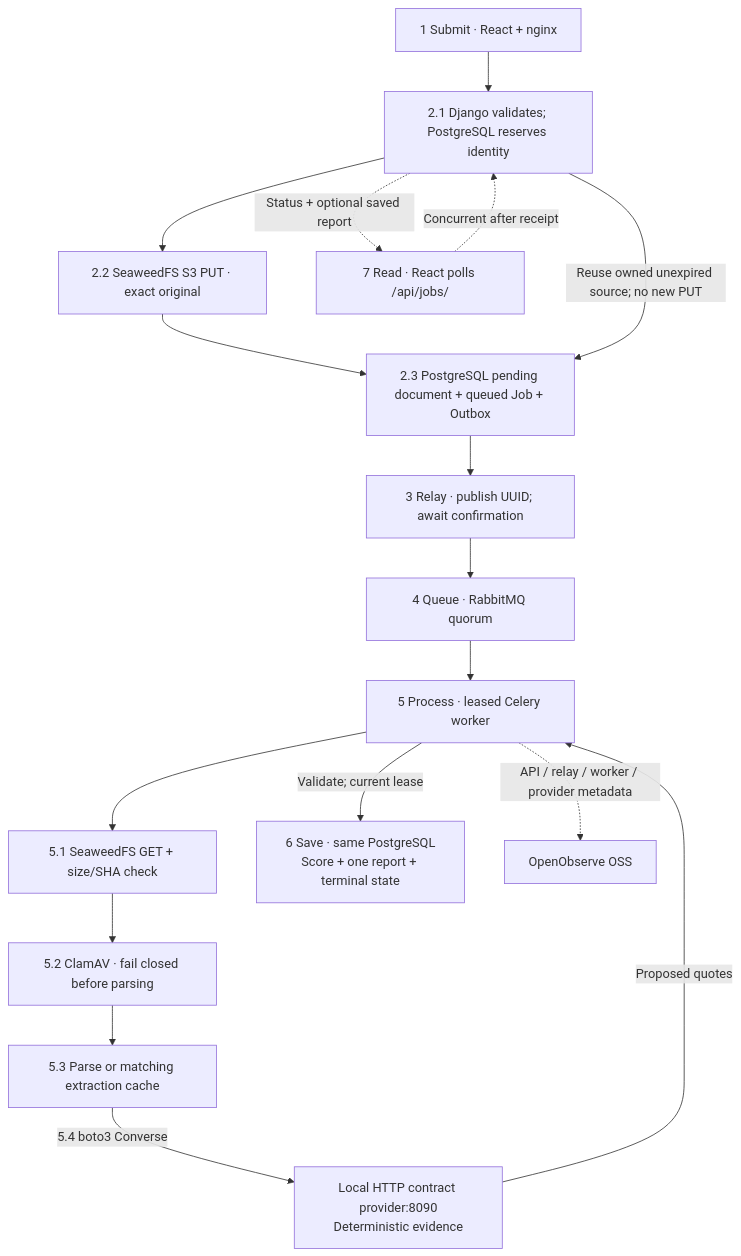
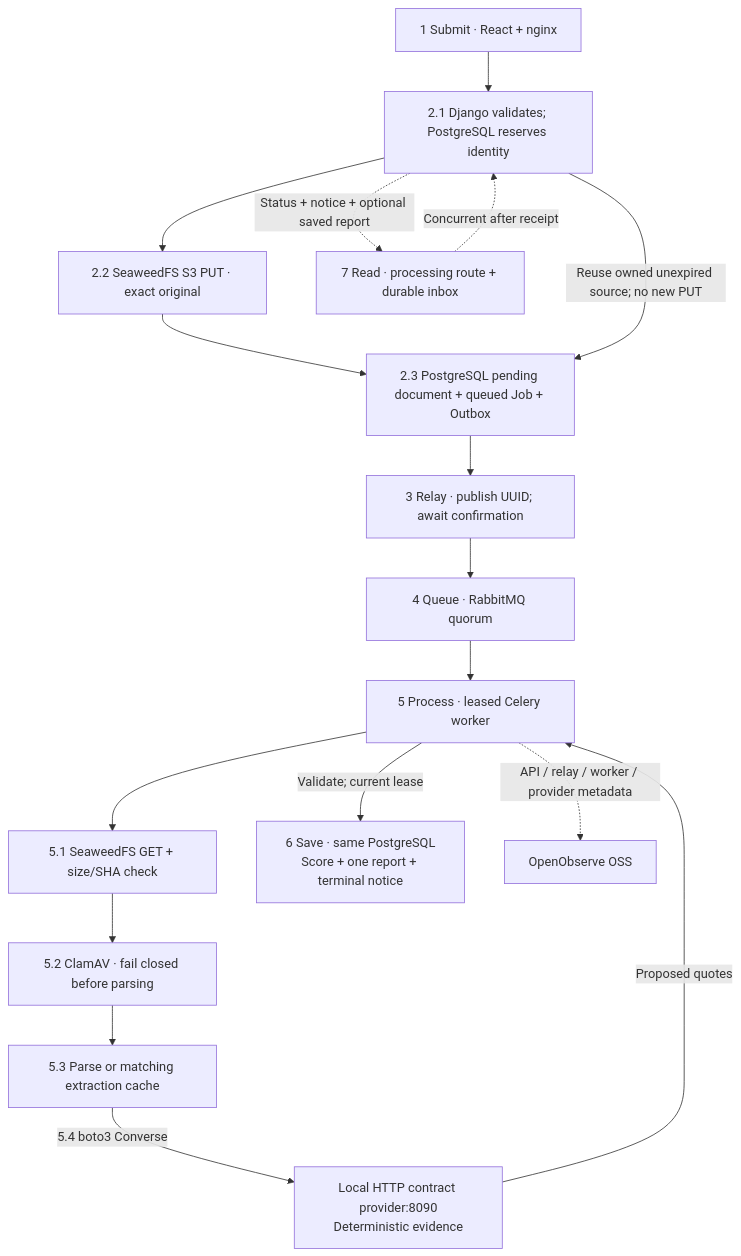
One commit to junrillg/resume-match-bedrock changed the diagram in docs/assets/architecture.mmd. Above: the diagram before and after it, drawn with Mermaid. The commit also changed 16 other files, not shown here.

```diff
--- a/docs/assets/architecture.mmd
+++ b/docs/assets/architecture.mmd
@@ -1,18 +1,18 @@
-%% Logical companion; architecture.svg is the self-contained publication layout.
+%% Logical companion; architecture-completion.svg is the self-contained publication layout.
 flowchart TB
   accTitle: Local comparison in seven business steps
   accDescr: SeaweedFS originals, ClamAV, the HTTP provider, PostgreSQL and RabbitMQ run under Compose. Reads overlap background processing. Safe process logs reach OpenObserve.
   UI["1 Submit · React + nginx"] --> API["2.1 Django validates; PostgreSQL reserves identity"]
   API --> STORE["2.2 SeaweedFS S3 PUT · exact original"]
   STORE --> AD["2.3 PostgreSQL pending document + queued Job + Outbox"]
   AD --> R["3 Relay · publish UUID; await confirmation"] --> Q["4 Queue · RabbitMQ quorum"] --> W["5 Process · leased Celery worker"]
   W --> GET["5.1 SeaweedFS GET + size/SHA check"]
   GET --> SCAN["5.2 ClamAV · fail closed before parsing"]
   SCAN --> PARSE["5.3 Parse or matching extraction cache"]
   PARSE -->|"5.4 boto3 Converse"| P["Local HTTP contract provider:8090<br/>Deterministic evidence"]
   P -->|"Proposed quotes"| W
   API -->|"Reuse owned unexpired source; no new PUT"| AD
-  W -->|"Validate; current lease"| D["6 Save · same PostgreSQL<br/>Score + one report + terminal state"]
-  Read["7 Read · React polls /api/jobs/"] -. "Concurrent after receipt" .-> API
-  API -. "Status + optional saved report" .-> Read
+  W -->|"Validate; current lease"| D["6 Save · same PostgreSQL<br/>Score + one report + terminal notice"]
+  Read["7 Read · processing route + durable inbox"] -. "Concurrent after receipt" .-> API
+  API -. "Status + notice + optional saved report" .-> Read
   W -. "API / relay / worker / provider metadata" .-> LOGS["OpenObserve OSS"]
```
